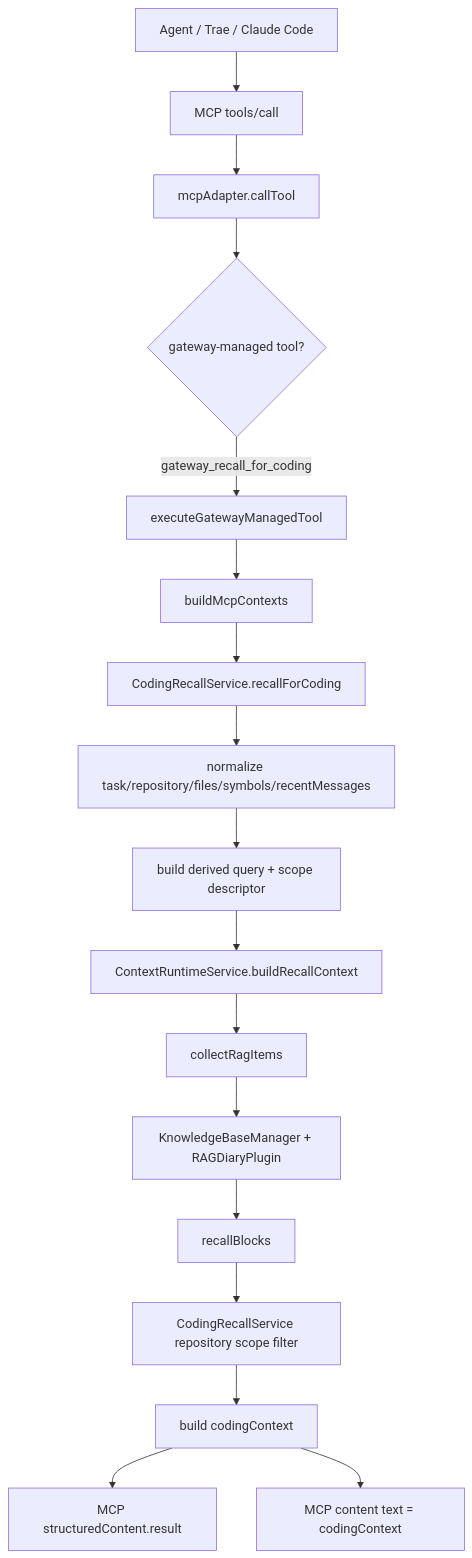
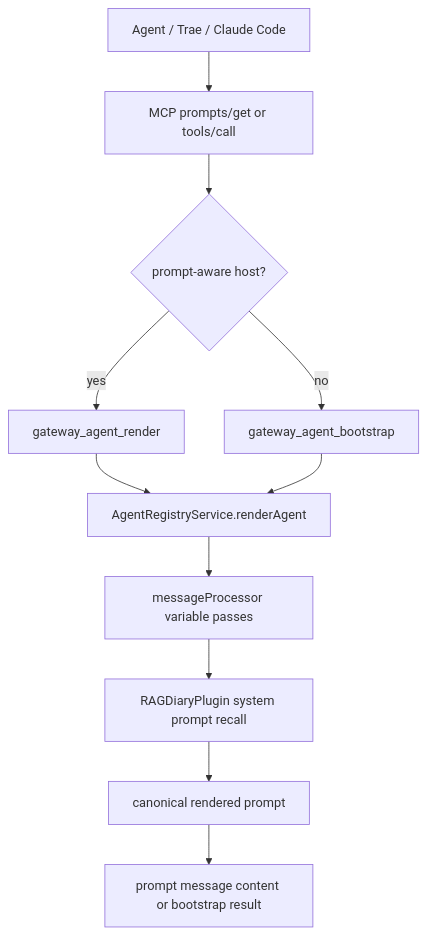
One commit to Atarasin/VCPToolBox changed the first of 2 diagrams in mydoc/export/mcp/mcp-coding-recall-rag-flow.md. Above: the diagram before and after it, drawn with Mermaid. The commit also changed other lines of this file and 27 other files, not shown here.

First line of the commit message:
feat(agent-gateway): 移除 coding 专用能力并引入 MCP 代理记忆策略

````diff
--- a/mydoc/export/mcp/mcp-coding-recall-rag-flow.md
+++ b/mydoc/export/mcp/mcp-coding-recall-rag-flow.md
@@ -53,19 +48,13 @@
 ```mermaid
 flowchart TD
-    A[Agent / Trae / Claude Code] --> B[MCP tools/call]
-    B --> C[mcpAdapter.callTool]
-    C --> D{gateway-managed tool?}
-    D -- gateway_recall_for_coding --> E[executeGatewayManagedTool]
-    E --> F[buildMcpContexts]
-    F --> G[CodingRecallService.recallForCoding]
-    G --> H[normalize task/repository/files/symbols/recentMessages]
-    H --> I[build derived query + scope descriptor]
-    I --> J[ContextRuntimeService.buildRecallContext]
-    J --> K[collectRagItems]
-    K --> L[KnowledgeBaseManager + RAGDiaryPlugin]
-    L --> M[recallBlocks]
-    M --> N[CodingRecallService repository scope filter]
-    N --> O[build codingContext]
-    O --> P[MCP structuredContent.result]
-    O --> Q[MCP content text = codingContext]
+    A[Agent / Trae / Claude Code] --> B[MCP prompts/get or tools/call]
+    B --> C{prompt-aware host?}
+    C -- yes --> D[gateway_agent_render]
+    C -- no --> E[gateway_agent_bootstrap]
+    D --> F[AgentRegistryService.renderAgent]
+    E --> F
+    F --> G[messageProcessor variable passes]
+    G --> H[RAGDiaryPlugin system prompt recall]
+    H --> I[canonical rendered prompt]
+    I --> J[prompt message content or bootstrap result]
 ```
````
